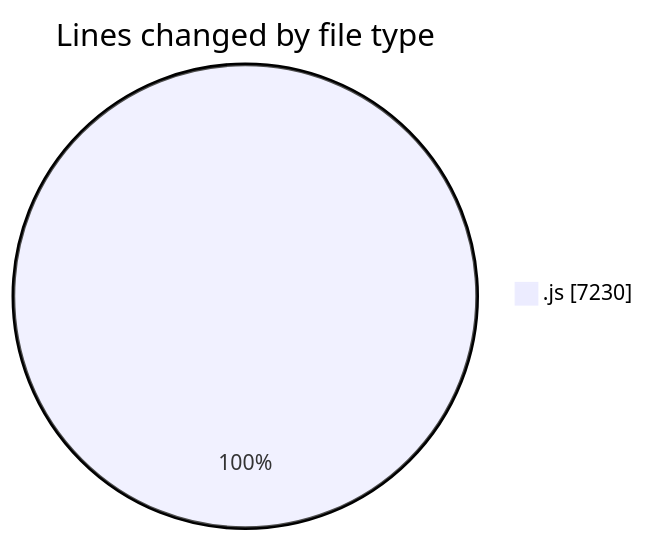
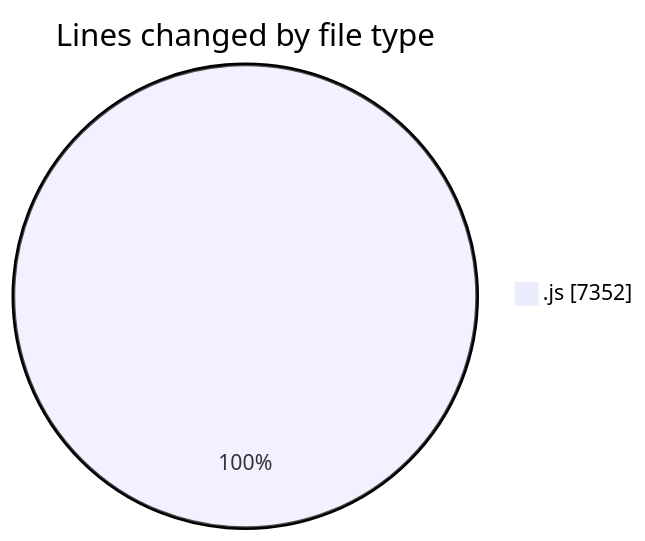
One commit to nxtqubesakshisongat/code-tracking changed the first of 2 diagrams in 2025-08-11/nxtqube_webapp/README.md. Above: the diagram before and after it, drawn with Mermaid. The commit also changed other lines of this file and 1 other file, not shown here.

````diff
--- a/2025-08-11/nxtqube_webapp/README.md
+++ b/2025-08-11/nxtqube_webapp/README.md
@@ -21,5 +21,5 @@
 ```mermaid
 pie showData
 title Lines changed by file type
-".js" : 7230
+".js" : 7352
 ```
````
